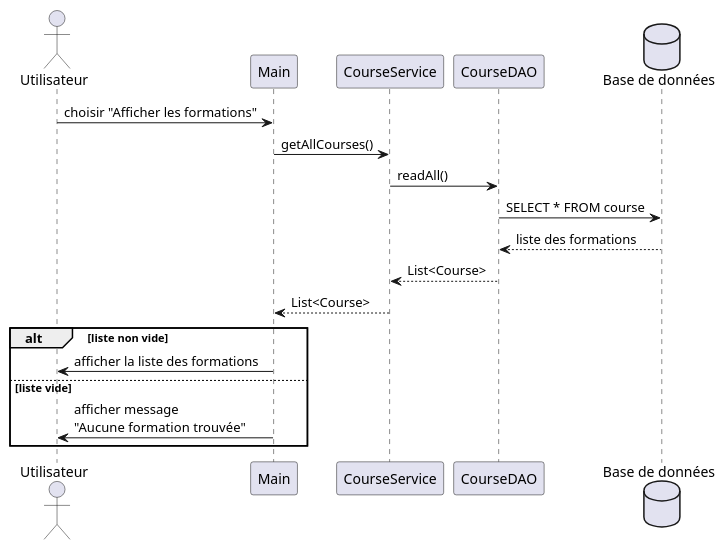
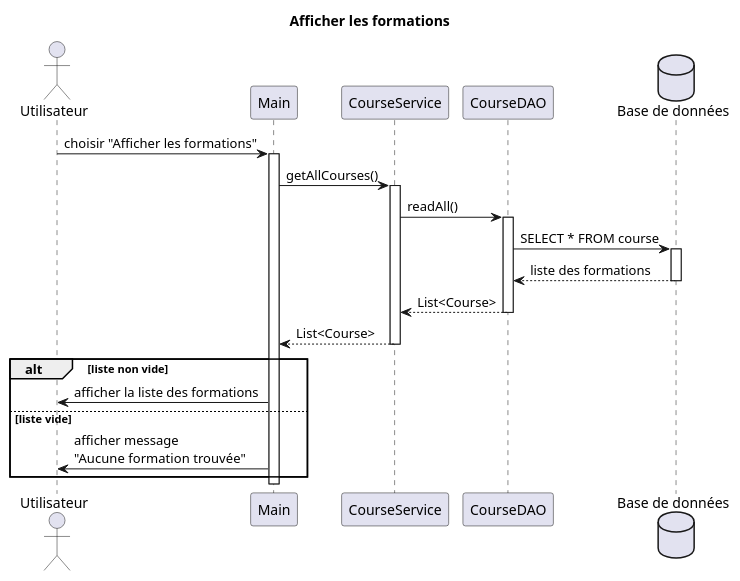
One commit to AmandineGrardLaurent/JavaEvaluationBusiness changed the diagram in docs/sequence_diagrams/sequence_diagram_afficher_formations.puml. Above: the diagram before and after it, drawn with PlantUML.

Commit message:
Add lifelines to sequence_diagram_afficher_formations.puml

```diff
--- a/docs/sequence_diagrams/sequence_diagram_afficher_formations.puml
+++ b/docs/sequence_diagrams/sequence_diagram_afficher_formations.puml
@@ -1,22 +1,38 @@
-@startuml diagram sequence "Afficher les formations"
+@startuml diagram sequence - Afficher les formations
+title Afficher les formations
+
 actor Utilisateur
 participant "Main" as Main
 participant "CourseService" as Service
 participant "CourseDAO" as DAO
 database "Base de données" as DB
 
 Utilisateur -> Main : choisir "Afficher les formations"
+activate Main
+
 Main -> Service : getAllCourses()
+activate Service
+
 Service -> DAO : readAll()
+activate DAO
+
 DAO -> DB : SELECT * FROM course
+activate DB
+
 DB --> DAO : liste des formations
+deactivate DB
+
 DAO --> Service : List<Course>
+deactivate DAO
+
 Service --> Main : List<Course>
+deactivate Service
 
 alt liste non vide
     Main -> Utilisateur : afficher la liste des formations
 else liste vide
     Main -> Utilisateur : afficher message\n"Aucune formation trouvée"
 end
+deactivate Main
 
 @enduml
```
